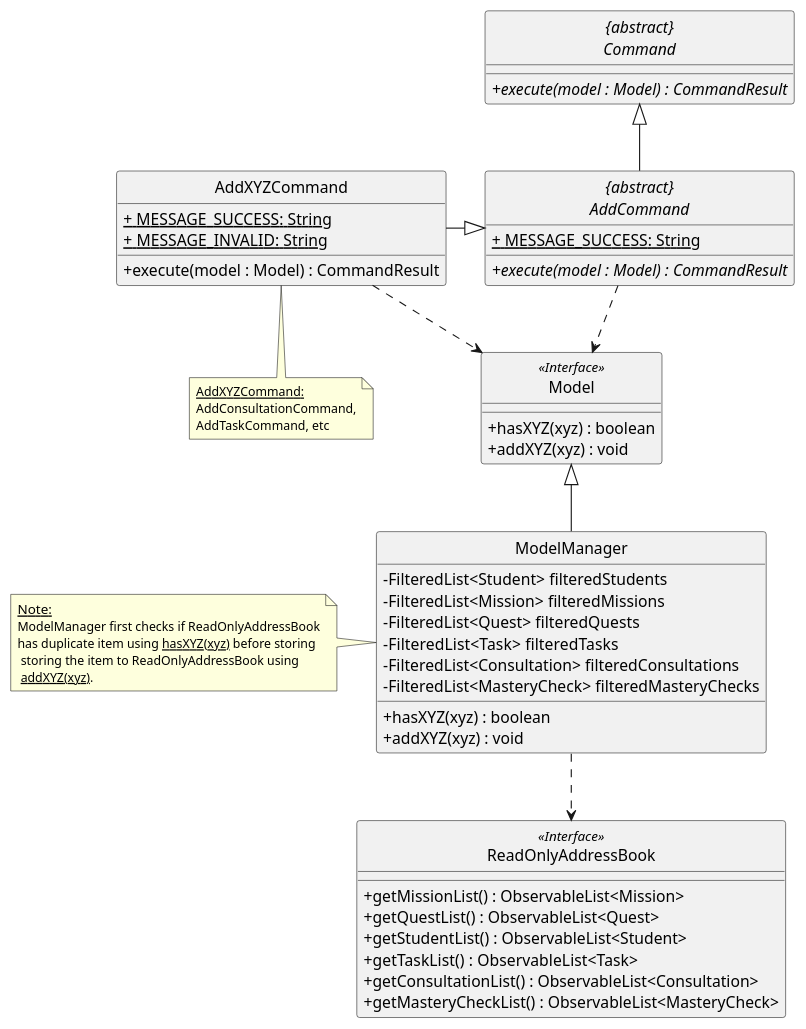
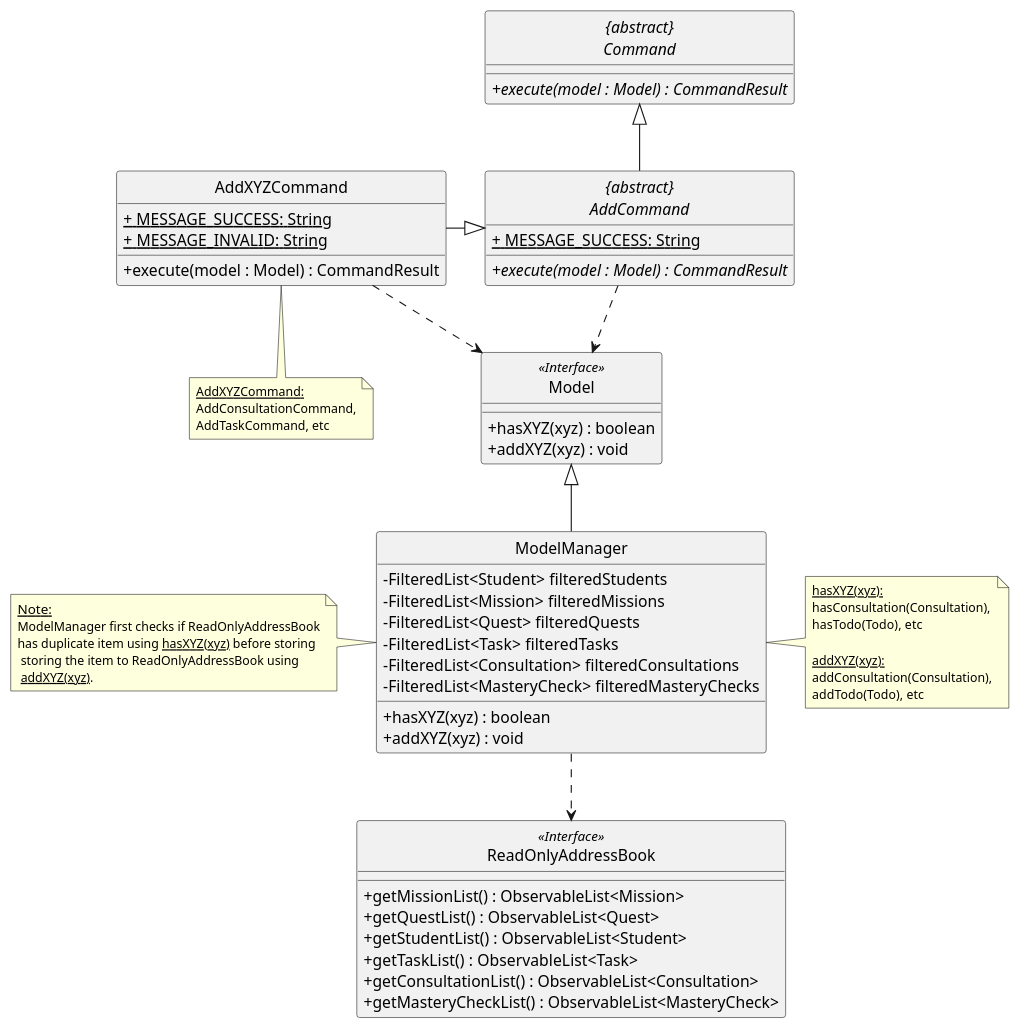
The diagram in docs/diagrams/AddCommandClassDiagram.puml (wireseo/tp), drawn with PlantUML before and after one commit. The commit also changed 16 other files, not shown here.

```diff
--- a/docs/diagrams/AddCommandClassDiagram.puml
+++ b/docs/diagrams/AddCommandClassDiagram.puml
@@ -1,82 +1,93 @@
 @startuml
 skinparam backgroundColor #ffffff
 skinparam classAttributeIconSize 0
 hide circle
 
 class AddXYZCommand {
     /' Attributes '/
     <u>+ MESSAGE_SUCCESS: String
     <u>+ MESSAGE_INVALID: String
 
     /' Methods '/
     + execute(model : Model) : CommandResult
 }
 
 abstract class "{abstract}\nCommand" {
     + {abstract} execute(model : Model) : CommandResult
 }
 
 class Model <<Interface>> {
     /' Methods '/
     + hasXYZ(xyz) : boolean
     + addXYZ(xyz) : void
 }
 
 class ModelManager {
     /' Attributes '/
     - FilteredList<Student> filteredStudents
     - FilteredList<Mission> filteredMissions
     - FilteredList<Quest> filteredQuests
     - FilteredList<Task> filteredTasks
     - FilteredList<Consultation> filteredConsultations
     - FilteredList<MasteryCheck> filteredMasteryChecks
 
     /' Methods '/
     + hasXYZ(xyz) : boolean
     + addXYZ(xyz) : void
 }
 
 class ReadOnlyAddressBook <<Interface>> {
     + getMissionList() : ObservableList<Mission>
     + getQuestList() : ObservableList<Quest>
     + getStudentList() : ObservableList<Student>
     + getTaskList() : ObservableList<Task>
     + getConsultationList() : ObservableList<Consultation>
     + getMasteryCheckList() : ObservableList<MasteryCheck>
 }
 
 abstract class "{abstract}\nAddCommand"{
     /' Attributes '/
     <u>+ MESSAGE_SUCCESS: String
     /' Methods '/
     + {abstract} execute(model : Model) : CommandResult
 }
 
 "{abstract}\nAddCommand" -up-|> "{abstract}\nCommand"
 
 "{abstract}\nAddCommand" .down.> Model
 
 AddXYZCommand -right-|> "{abstract}\nAddCommand"
 AddXYZCommand ..> Model
 
 ModelManager -up-|> Model
 ModelManager .down.> ReadOnlyAddressBook
 
 note as N1
   <size: 12><u>Note:</u>
   <size: 11>ModelManager first checks if ReadOnlyAddressBook
   <size: 11>has duplicate item using <u>hasXYZ(xyz)</u> before storing
   <size: 11> storing the item to ReadOnlyAddressBook using
   <size: 11> <u>addXYZ(xyz)</u>.
 end note
 
 note as N2
     <size: 11><u>AddXYZCommand:</u>
     <size: 11>AddConsultationCommand,
     <size: 11>AddTaskCommand, etc
 end note
 
+note as N3
+    <size: 11><u>hasXYZ(xyz):</u>
+    <size: 11>hasConsultation(Consultation),
+    <size: 11>hasTodo(Todo), etc
+    <size: 11>
+    <size: 11><u>addXYZ(xyz):</u>
+    <size: 11>addConsultation(Consultation),
+    <size: 11>addTodo(Todo), etc
+end note
+
 N1 .right. ModelManager
 N2 .up. AddXYZCommand
+N3 .left. ModelManager
 
 @enduml
```
